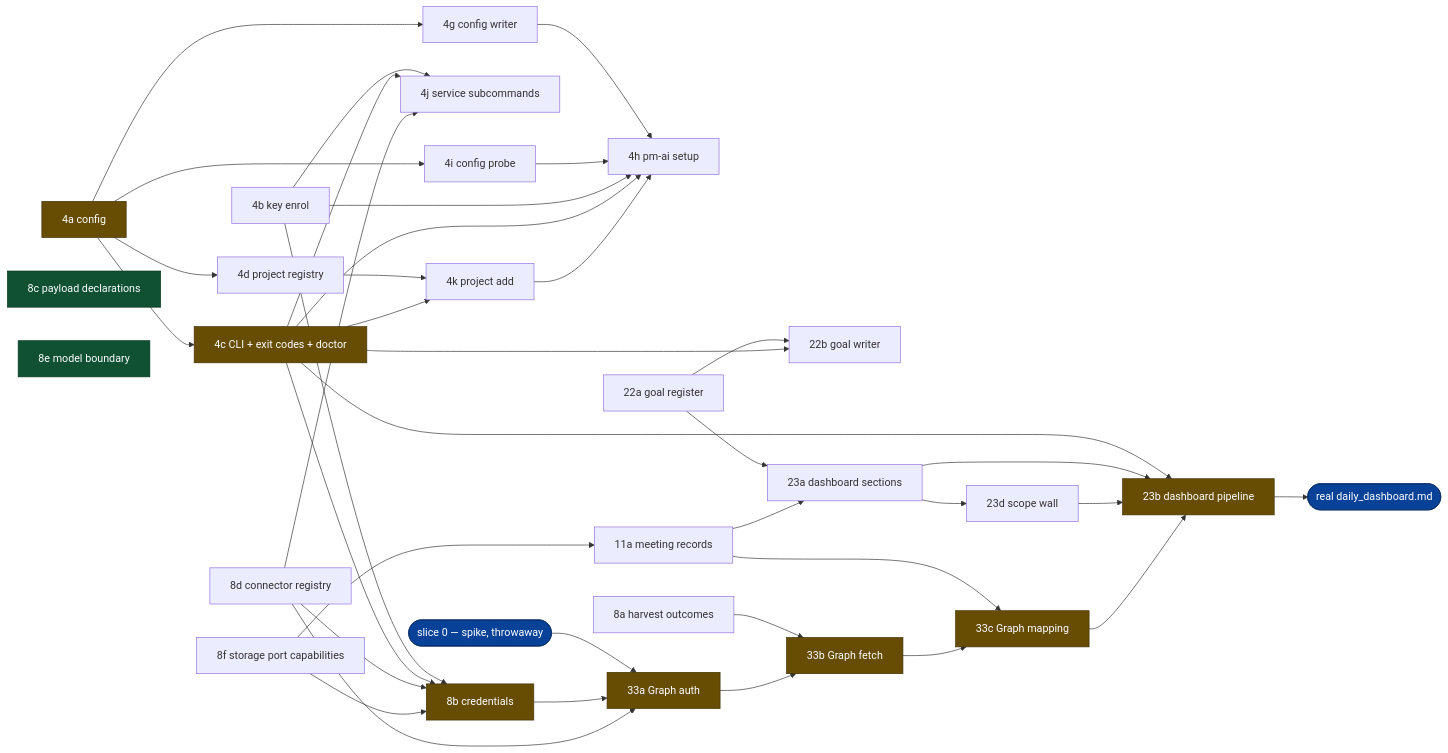
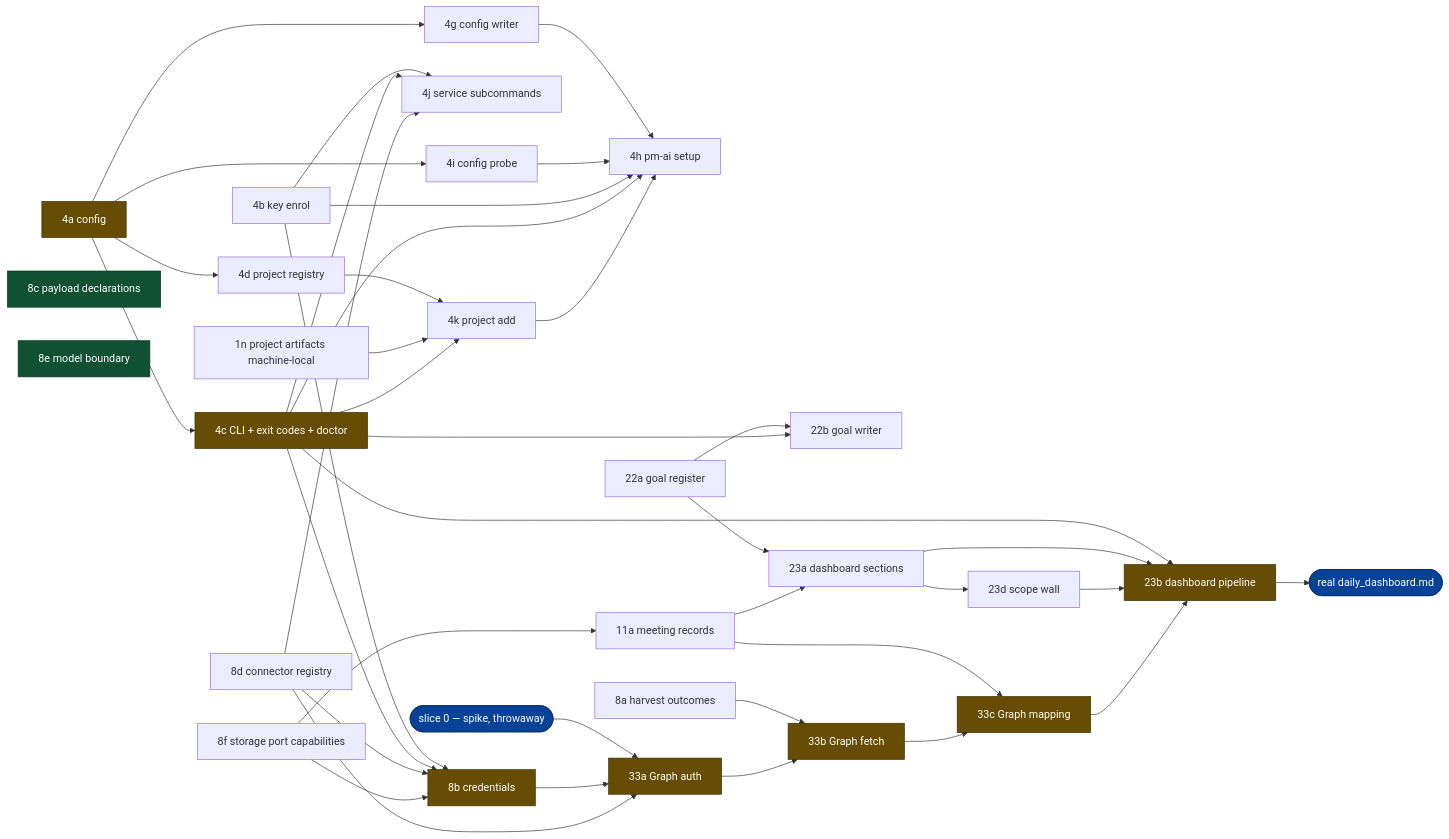
The third of 3 diagrams in _bmad-output/implementation-artifacts/prototype-path-2026-09-01.md (aramaniuk/pm-ai), drawn with Mermaid before and after one commit. The commit also changed other lines of this file and 2 other files, not shown here.

````diff
--- a/_bmad-output/implementation-artifacts/prototype-path-2026-09-01.md
+++ b/_bmad-output/implementation-artifacts/prototype-path-2026-09-01.md
@@ -251,73 +251,75 @@
 ```mermaid
 flowchart LR
     s0(["slice 0 — spike, throwaway"])
+    s1n["1n project artifacts machine-local"]
     s4a["4a config"]
     s4b["4b key enrol"]
     s4c["4c CLI + exit codes + doctor"]
     s4j["4j service subcommands"]
     s4d["4d project registry"]
     s4k["4k project add"]
     s4g["4g config writer"]
     s4i["4i config probe"]
     s4h["4h pm-ai setup"]
     s8a["8a harvest outcomes"]
     s8d["8d connector registry"]
     s8f["8f storage port capabilities"]
     s8b["8b credentials"]
     s8c["8c payload declarations"]
     s8e["8e model boundary"]
     s11a["11a meeting records"]
     s22a["22a goal register"]
     s22b["22b goal writer"]
     s33a["33a Graph auth"]
     s33b["33b Graph fetch"]
     s33c["33c Graph mapping"]
     s23a["23a dashboard sections"]
     s23d["23d scope wall"]
     s23b["23b dashboard pipeline"]
     done(["real daily_dashboard.md"])
 
     s0 --> s33a
     s4a --> s4c
     s4b --> s4j
     s4c --> s4j
     s8d --> s4j
     s4a --> s4d
     s4a --> s4g
     s4g --> s4h
     s4a --> s4i
     s4i --> s4h
     s4b --> s4h
     s4c --> s4h
     s4d --> s4k
+    s1n --> s4k
     s4c --> s4k
     s4k --> s4h
     s4b --> s8b
     s4c --> s8b
     s8d --> s8b
     s8f --> s8b
     s8f --> s11a
     s8b --> s33a
     s8d --> s33a
     s8a --> s33b
     s33a --> s33b
     s11a --> s33c
     s33b --> s33c
     s22a --> s22b
     s4c --> s22b
     s22a --> s23a
     s11a --> s23a
     s23a --> s23d
     s4c --> s23b
     s23a --> s23b
     s23d --> s23b
     s33c --> s23b
     s23b --> done
 
     classDef crit fill:#664d03,stroke:#413003,color:#ffffff
     classDef island fill:#0f5132,stroke:#0a3622,color:#ffffff
     classDef goal fill:#084298,stroke:#052c65,color:#ffffff
     class s4a,s4c,s8b,s33a,s33b,s33c,s23b crit
     class s8c,s8e island
     class done,s0 goal
 ```
````
